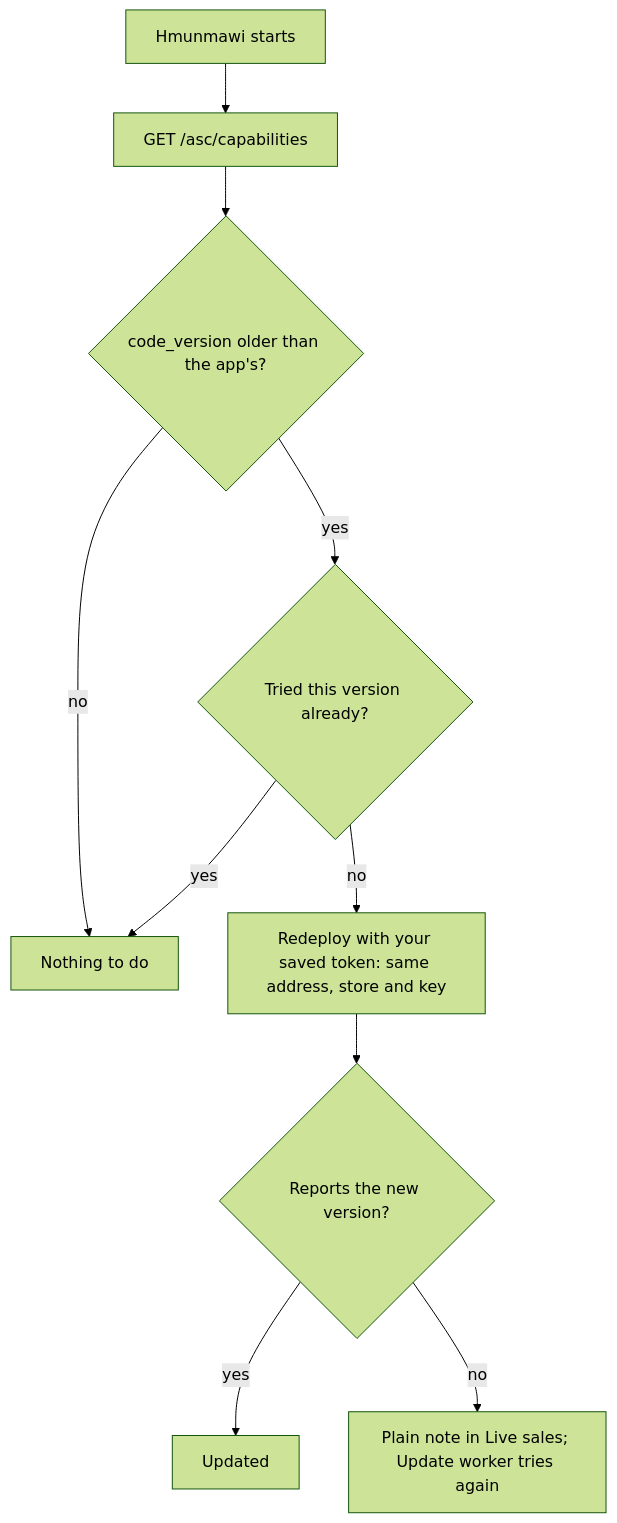
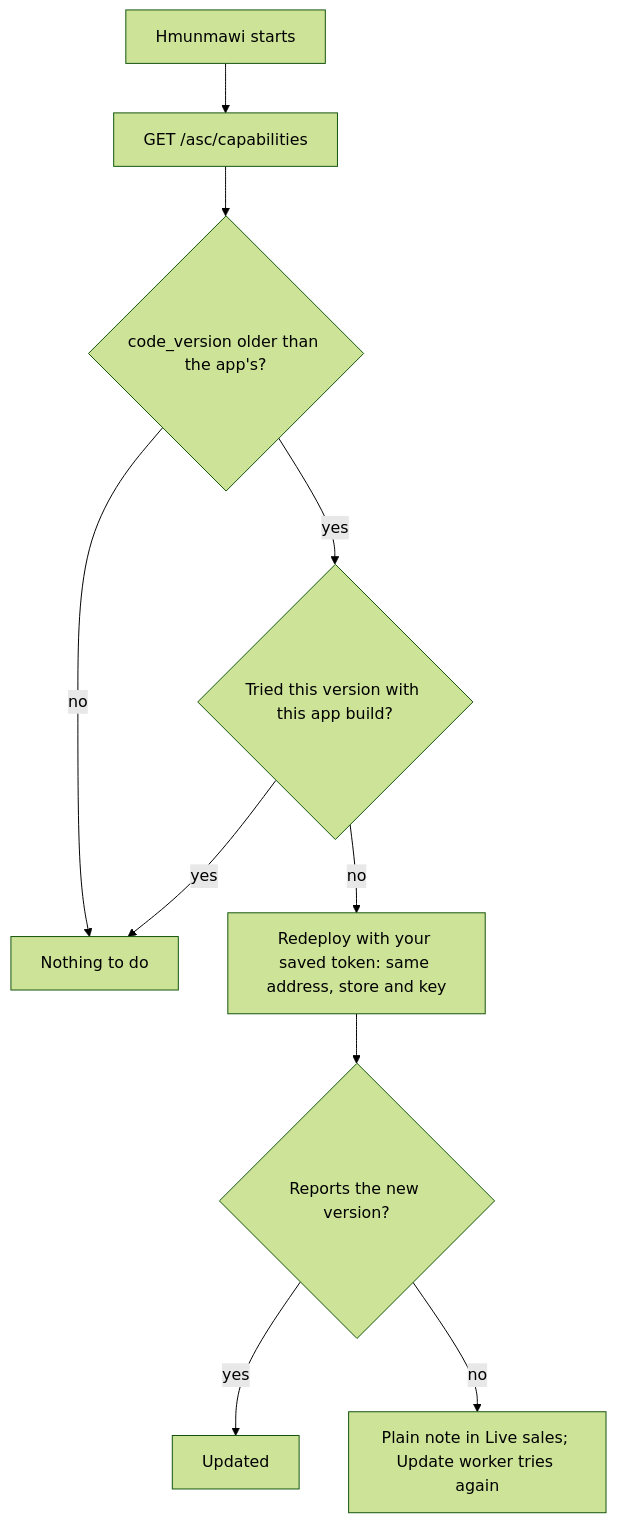
The second of 2 diagrams in docs/ASC-WEBHOOK-RELAY.md (priyevsingh/hmunmawi), drawn with Mermaid (forest theme) before and after one commit. The commit also changed other lines of this file and 8 other files, not shown here.

````diff
--- a/docs/ASC-WEBHOOK-RELAY.md
+++ b/docs/ASC-WEBHOOK-RELAY.md
@@ -41,12 +41,12 @@
 ```mermaid
 flowchart TD
     S["Hmunmawi starts"] --> C["GET /asc/capabilities"]
     C --> V{"code_version older than the app's?"}
     V -->|no| OK["Nothing to do"]
-    V -->|yes| T{"Tried this version already?"}
+    V -->|yes| T{"Tried this version with this app build?"}
     T -->|yes| OK
     T -->|no| D["Redeploy with your saved token: same address, store and key"]
     D --> R{"Reports the new version?"}
     R -->|yes| U["Updated"]
     R -->|no| F["Plain note in Live sales; Update worker tries again"]
 ```
````
